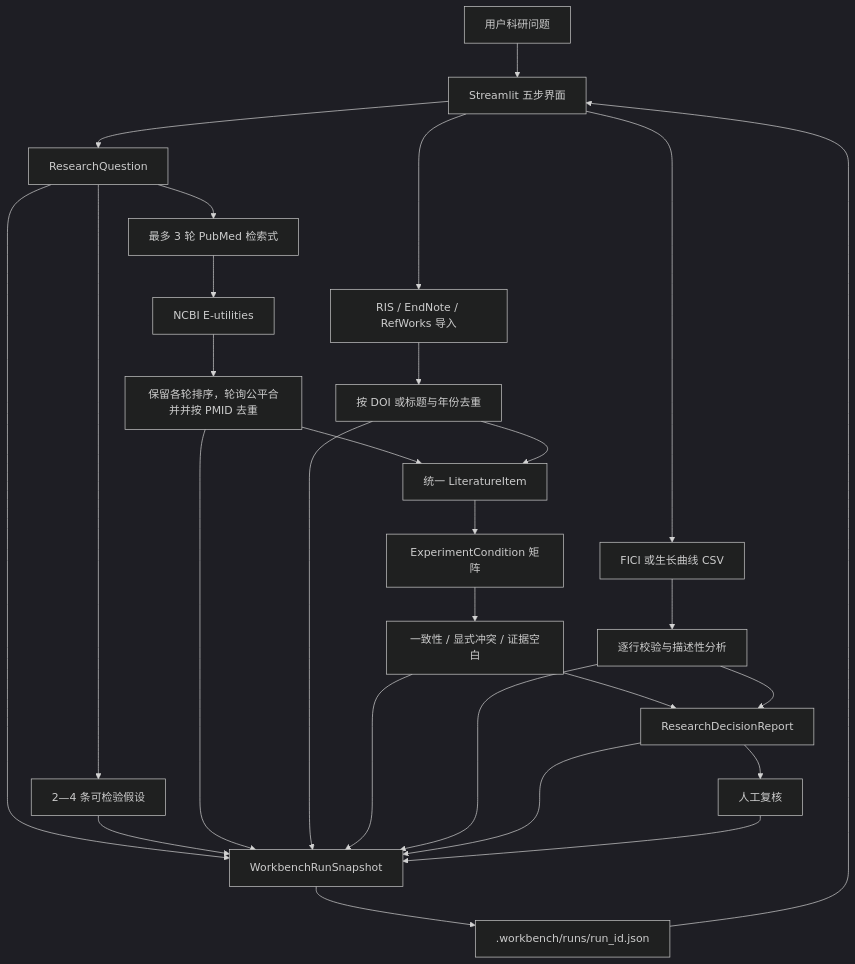
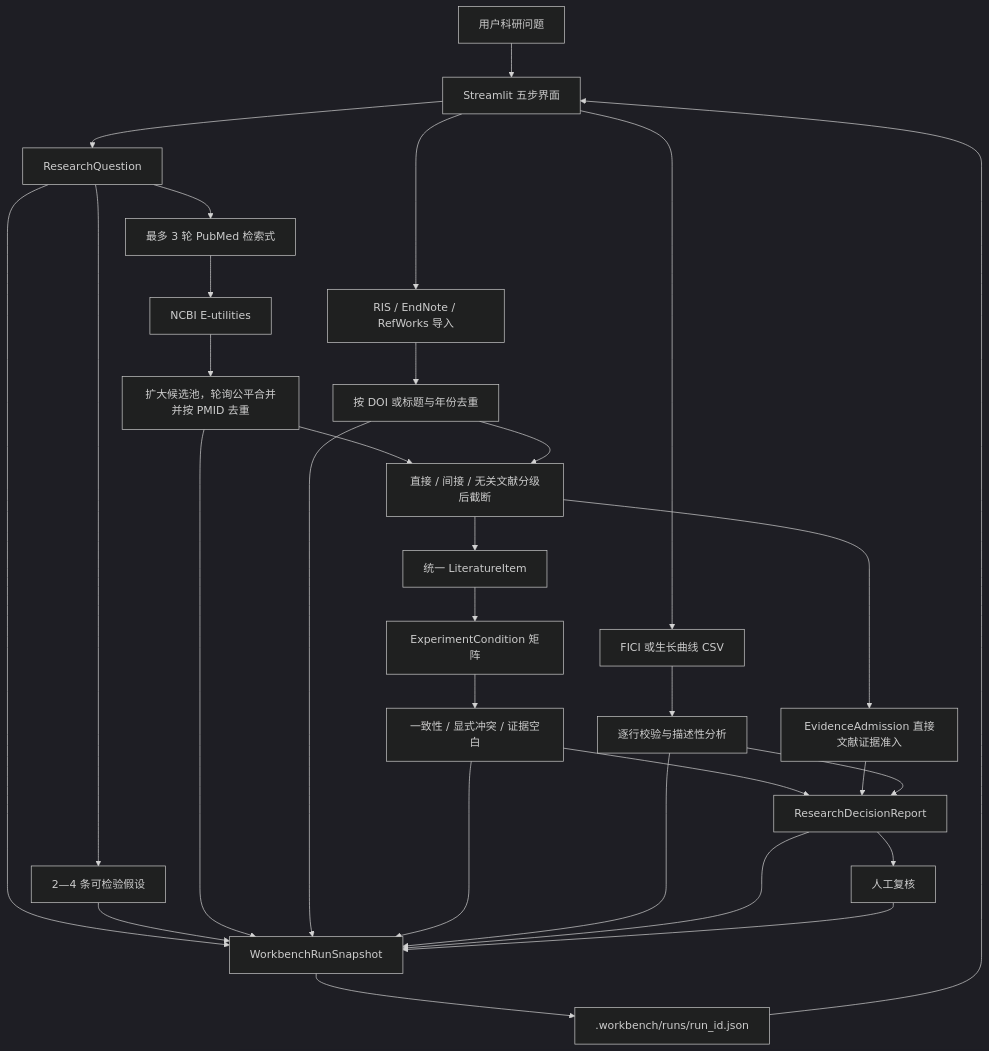
Before and after one commit to Funluned/vetagenteviidence: the first of 2 diagrams in docs/ARCHITECTURE.md, drawn with Mermaid (dark theme). The commit also changed other lines of this file and 13 other files, not shown here.

````diff
--- a/docs/ARCHITECTURE.md
+++ b/docs/ARCHITECTURE.md
@@ -11,34 +11,37 @@
 ```mermaid
 flowchart TD
     U["用户科研问题"] --> UI["Streamlit 五步界面"]
     UI --> Q["ResearchQuestion"]
     Q --> H["2—4 条可检验假设"]
     Q --> P["最多 3 轮 PubMed 检索式"]
     P --> N["NCBI E-utilities"]
-    N --> D["保留各轮排序，轮询公平合并并按 PMID 去重"]
+    N --> D["扩大候选池，轮询公平合并并按 PMID 去重"]
 
     UI --> I["RIS / EndNote / RefWorks 导入"]
     I --> ID["按 DOI 或标题与年份去重"]
 
-    D --> L["统一 LiteratureItem"]
-    ID --> L
+    D --> G["直接 / 间接 / 无关文献分级后截断"]
+    ID --> G
+    G --> L["统一 LiteratureItem"]
     L --> C["ExperimentCondition 矩阵"]
     C --> A["一致性 / 显式冲突 / 证据空白"]
+    G --> AD["EvidenceAdmission 直接文献证据准入"]
 
     UI --> CSV["FICI 或生长曲线 CSV"]
     CSV --> X["逐行校验与描述性分析"]
     A --> R["ResearchDecisionReport"]
+    AD --> R
     X --> R
     R --> HR["人工复核"]
 
     Q --> S["WorkbenchRunSnapshot"]
     H --> S
     D --> S
     ID --> S
     A --> S
     X --> S
     R --> S
     HR --> S
     S --> FS[".workbench/runs/run_id.json"]
     FS --> UI
 ```
````
